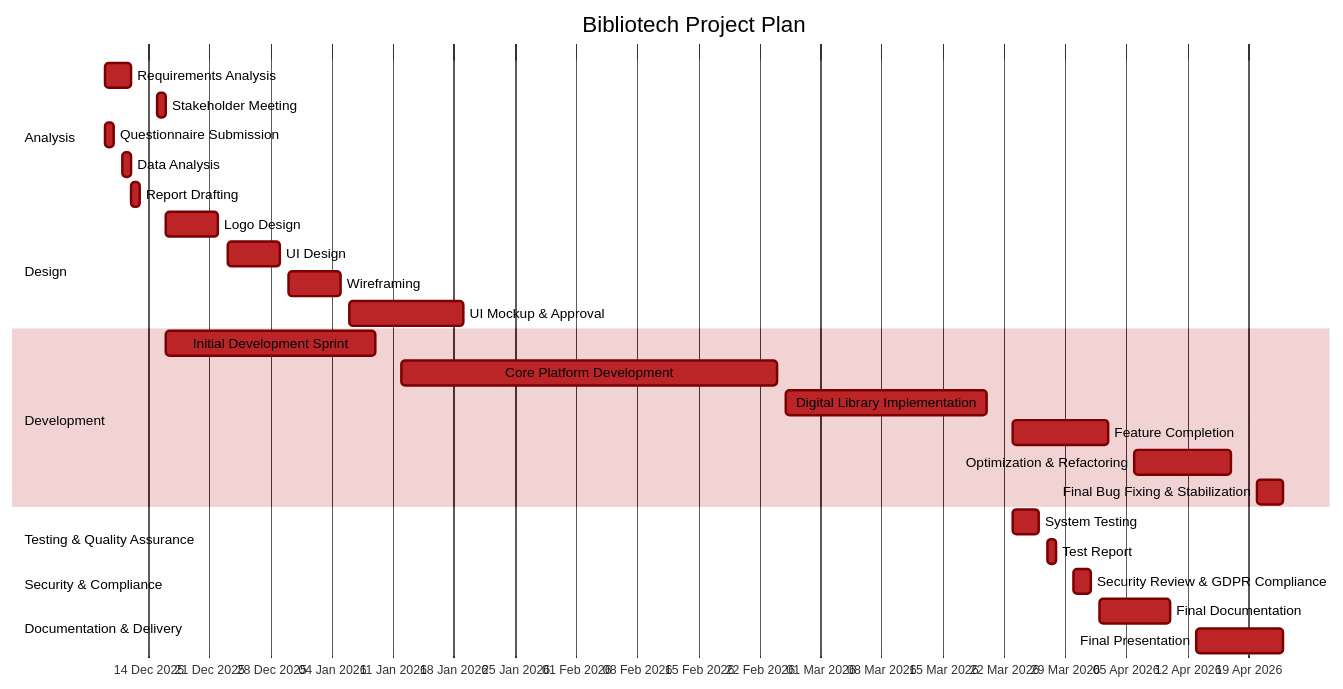
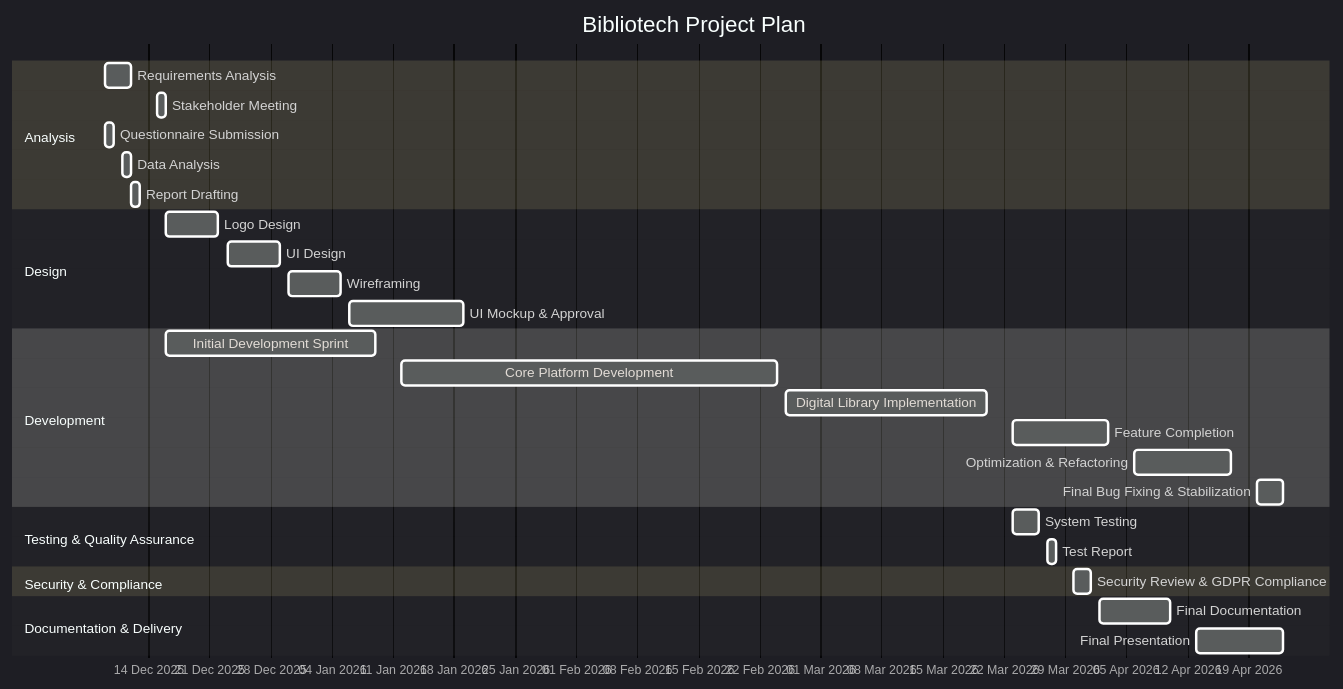
The diagram in docs/Bibliotech.mermaid (ErBeso7/Bibliotech-GANTT), drawn with Mermaid before and after one commit.

Commit message:
Last commit on theme

```diff
--- a/docs/Bibliotech.mermaid
+++ b/docs/Bibliotech.mermaid
@@ -1,48 +1,41 @@
 ---
 config:
-  theme: 'base'
-  themeVariables:
-    primaryColor: '#BB2528'
-    primaryTextColor: '#000'
-    primaryBorderColor: '#7C0000'
-    lineColor: '#F8B229'
-    secondaryColor: '#006100'
-    tertiaryColor: '#fff'
+  theme: 'dark'
 ---
 
 gantt
     title Bibliotech Project Plan
     dateFormat  YYYY-MM-DD
     axisFormat  %d %b %Y
 
     section Analysis
     Requirements Analysis                : 2025-12-09, 2025-12-12
     Stakeholder Meeting                  : 2025-12-15, 1d
     Questionnaire Submission             : 2025-12-09, 2025-12-10
     Data Analysis                        : 2025-12-11, 2025-12-12
     Report Drafting                      : 2025-12-12, 1d
 
     section Design
     Logo Design                          : 2025-12-16, 2025-12-22
     UI Design                            : 2025-12-23, 2025-12-29
     Wireframing                          : 2025-12-30, 2026-01-05
     UI Mockup & Approval                 : 2026-01-06, 2026-01-19
 
     section Development
     Initial Development Sprint           : 2025-12-16, 2026-01-09
     Core Platform Development            : 2026-01-12, 2026-02-24
     Digital Library Implementation       : 2026-02-25, 2026-03-20
     Feature Completion                   : 2026-03-23, 2026-04-03
     Optimization & Refactoring           : 2026-04-06, 2026-04-17
     Final Bug Fixing & Stabilization     : 2026-04-20, 2026-04-23
 
     section Testing & Quality Assurance
     System Testing                       : 2026-03-23, 2026-03-26
     Test Report                          : 2026-03-27, 1d
 
     section Security & Compliance
     Security Review & GDPR Compliance    : 2026-03-30, 2026-04-01
 
     section Documentation & Delivery
     Final Documentation                 : 2026-04-02, 2026-04-10
     Final Presentation                  : 2026-04-13, 2026-04-23
```
